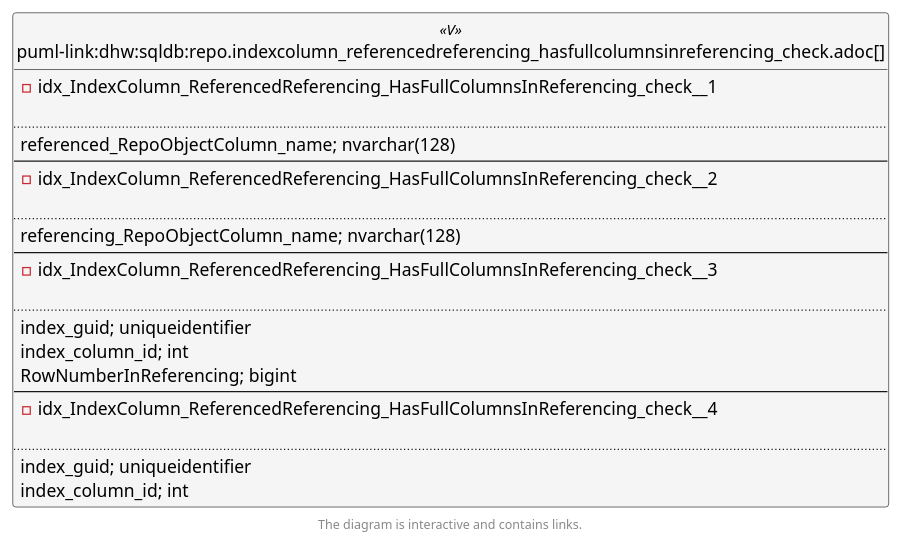
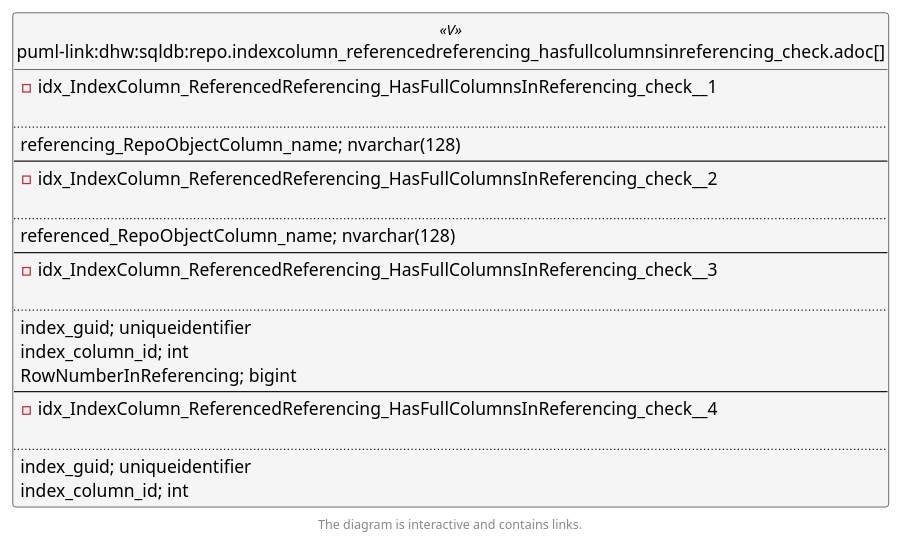
Before and after one commit to DataHandwerk/dhw-antora-sqldb: the second of 6 diagrams in docs/modules/sqldb/partials/content/repo.indexcolumn_referencedreferencing_hasfullcolumnsinreferencing_check.adoc, drawn with PlantUML. The commit also changed other lines of this file and 701 other files, not shown here.

```diff
--- a/docs/modules/sqldb/partials/content/repo.indexcolumn_referencedreferencing_hasfullcolumnsinreferencing_check.adoc
+++ b/docs/modules/sqldb/partials/content/repo.indexcolumn_referencedreferencing_hasfullcolumnsinreferencing_check.adoc
@@ -906,61 +906,61 @@
 [plantuml, entity_1_1_fk-{docname}, svg, subs=macros]
 ....
 @startuml
 left to right direction
 'top to bottom direction
 hide circle
 'avoide "." issues:
 set namespaceSeparator none
 
 
 skinparam class {
   BackgroundColor White
   BackgroundColor<<FN>> Yellow
   BackgroundColor<<FS>> Yellow
   BackgroundColor<<FT>> LightGray
   BackgroundColor<<IF>> Yellow
   BackgroundColor<<IS>> Yellow
   BackgroundColor<<P>>  Aqua
   BackgroundColor<<PC>> Aqua
   BackgroundColor<<SN>> Yellow
   BackgroundColor<<SO>> SlateBlue
   BackgroundColor<<TF>> LightGray
   BackgroundColor<<TR>> Tomato
   BackgroundColor<<U>>  White
   BackgroundColor<<V>>  WhiteSmoke
   BackgroundColor<<X>>  Aqua
   BackgroundColor<<external>> AliceBlue
 }
 
 
 entity "puml-link:dhw:sqldb:repo.indexcolumn_referencedreferencing_hasfullcolumnsinreferencing_check.adoc[]" as repo.IndexColumn_ReferencedReferencing_HasFullColumnsInReferencing_check << V >> {
 - idx_IndexColumn_ReferencedReferencing_HasFullColumnsInReferencing_check__1
 
 ..
-referenced_RepoObjectColumn_name; nvarchar(128)
+referencing_RepoObjectColumn_name; nvarchar(128)
 --
 - idx_IndexColumn_ReferencedReferencing_HasFullColumnsInReferencing_check__2
 
 ..
-referencing_RepoObjectColumn_name; nvarchar(128)
+referenced_RepoObjectColumn_name; nvarchar(128)
 --
 - idx_IndexColumn_ReferencedReferencing_HasFullColumnsInReferencing_check__3
 
 ..
 index_guid; uniqueidentifier
 index_column_id; int
 RowNumberInReferencing; bigint
 --
 - idx_IndexColumn_ReferencedReferencing_HasFullColumnsInReferencing_check__4
 
 ..
 index_guid; uniqueidentifier
 index_column_id; int
 }
 
 
 
 footer The diagram is interactive and contains links.
 
 @enduml
 ....
```
